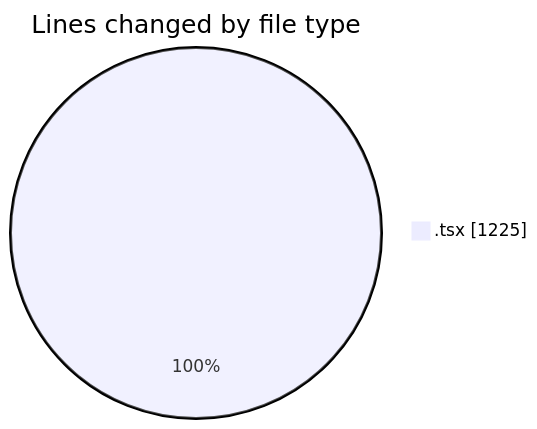
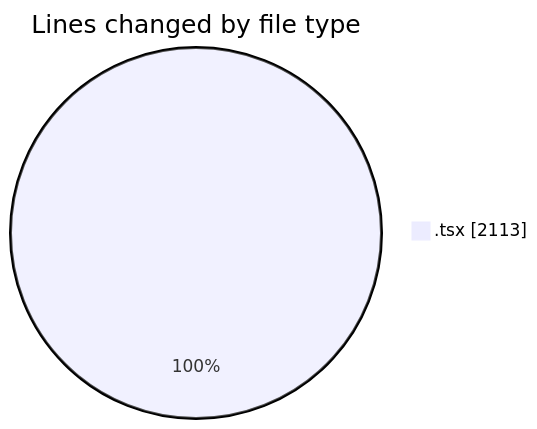
Before and after one commit to julien-gomy/code-tracking: the first of 2 diagrams in 2025-10-12/eventscop-frontend-guide__workspace_/README.md, drawn with Mermaid. The commit also changed other lines of this file and 1 other file, not shown here.

````diff
--- a/2025-10-12/eventscop-frontend-guide__workspace_/README.md
+++ b/2025-10-12/eventscop-frontend-guide__workspace_/README.md
@@ -22,5 +24,5 @@
 ```mermaid
 pie showData
 title Lines changed by file type
-".tsx" : 1225
+".tsx" : 2113
 ```
````
